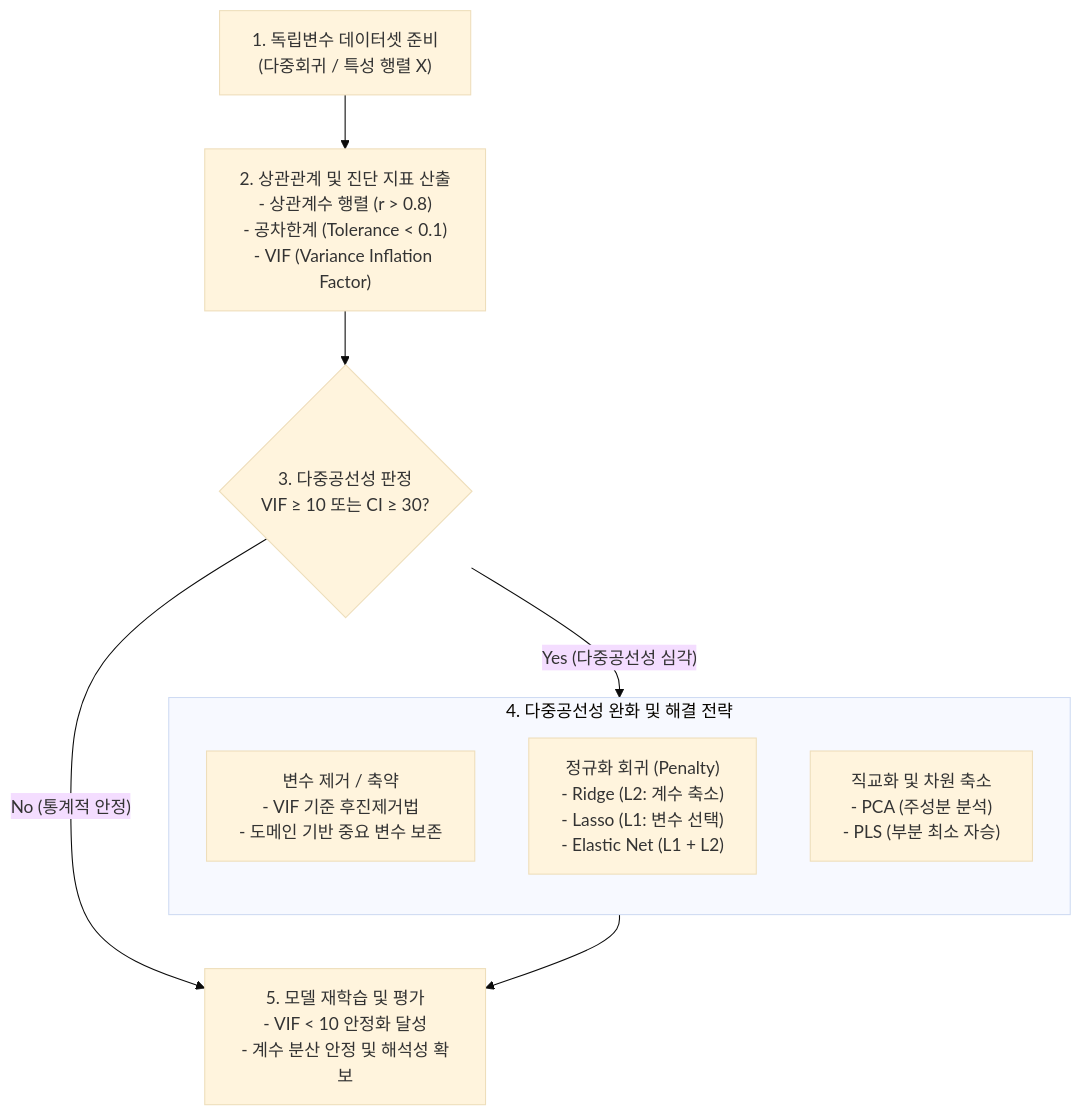
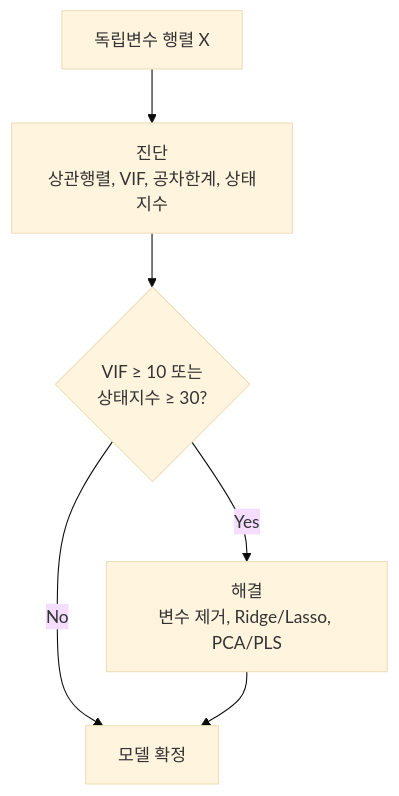
Before and after one commit to supremethumb/supremethumb.github.io: the diagram in content/01_IT Tech/다중공선성.md, drawn with Mermaid (base theme). The commit also changed other lines of this file and 1087 other files, not shown here.

````diff
--- a/content/01_IT Tech/다중공선성.md
+++ b/content/01_IT Tech/다중공선성.md
@@ -21,21 +34,8 @@
 ```mermaid
 flowchart TD
-    DATA["1. 독립변수 데이터셋 준비<br/>(다중회귀 / 특성 행렬 X)"]
-    CORR["2. 상관관계 및 진단 지표 산출<br/>- 상관계수 행렬 (r > 0.8)<br/>- 공차한계 (Tolerance < 0.1)<br/>- VIF (Variance Inflation Factor)"]
-    CHECK{"3. 다중공선성 판정<br/>VIF ≥ 10 또는 CI ≥ 30?"}
-    
-    subgraph SOL["4. 다중공선성 완화 및 해결 전략"]
-        direction TB
-        S1["변수 제거 / 축약<br/>- VIF 기준 후진제거법<br/>- 도메인 기반 중요 변수 보존"]
-        S2["정규화 회귀 (Penalty)<br/>- Ridge (L2: 계수 축소)<br/>- Lasso (L1: 변수 선택)<br/>- Elastic Net (L1 + L2)"]
-        S3["직교화 및 차원 축소<br/>- PCA (주성분 분석)<br/>- PLS (부분 최소 자승)"]
-    end
-
-    EVAL["5. 모델 재학습 및 평가<br/>- VIF < 10 안정화 달성<br/>- 계수 분산 안정 및 해석성 확보"]
-
-    DATA --> CORR
-    CORR --> CHECK
-    CHECK -- "Yes (다중공선성 심각)" --> SOL
-    CHECK -- "No (통계적 안정)" --> EVAL
+    DATA["독립변수 행렬 X"] --> DIAG["진단<br/>상관행렬, VIF, 공차한계, 상태지수"]
+    DIAG --> CHECK{"VIF ≥ 10 또는<br/>상태지수 ≥ 30?"}
+    CHECK -- "Yes" --> SOL["해결<br/>변수 제거, Ridge/Lasso, PCA/PLS"]
+    CHECK -- "No" --> EVAL["모델 확정"]
     SOL --> EVAL
 ```
````
